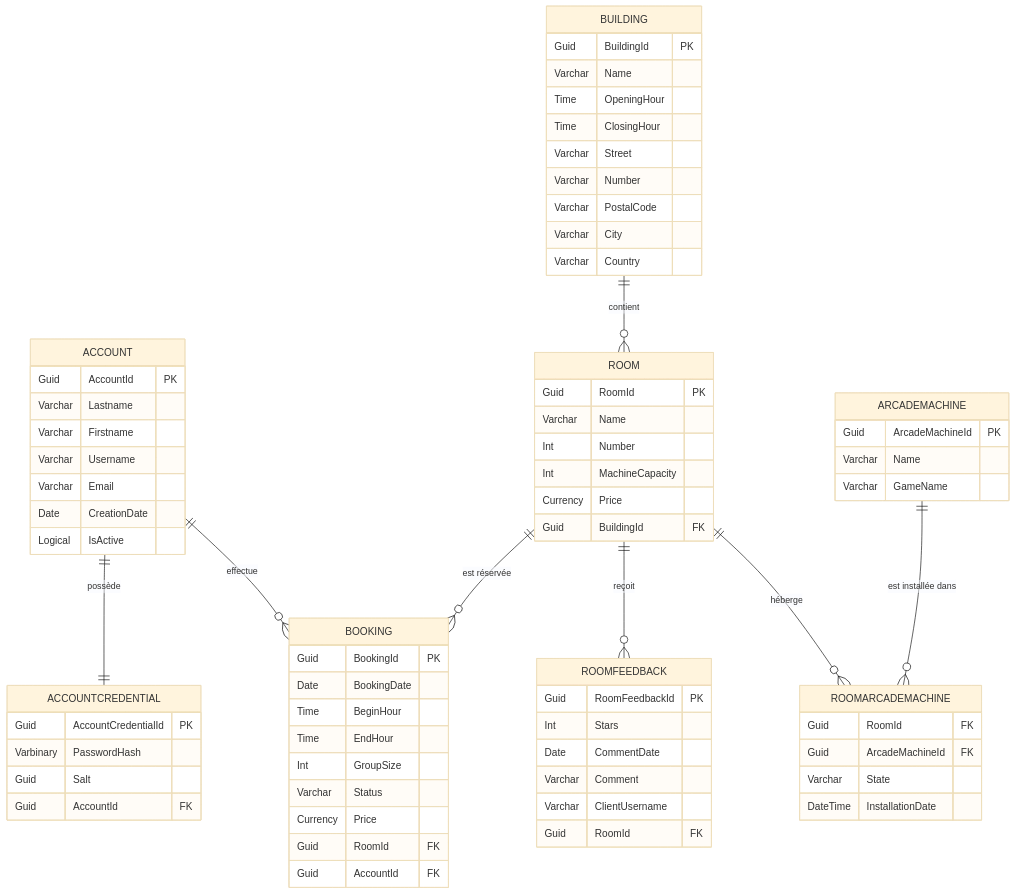
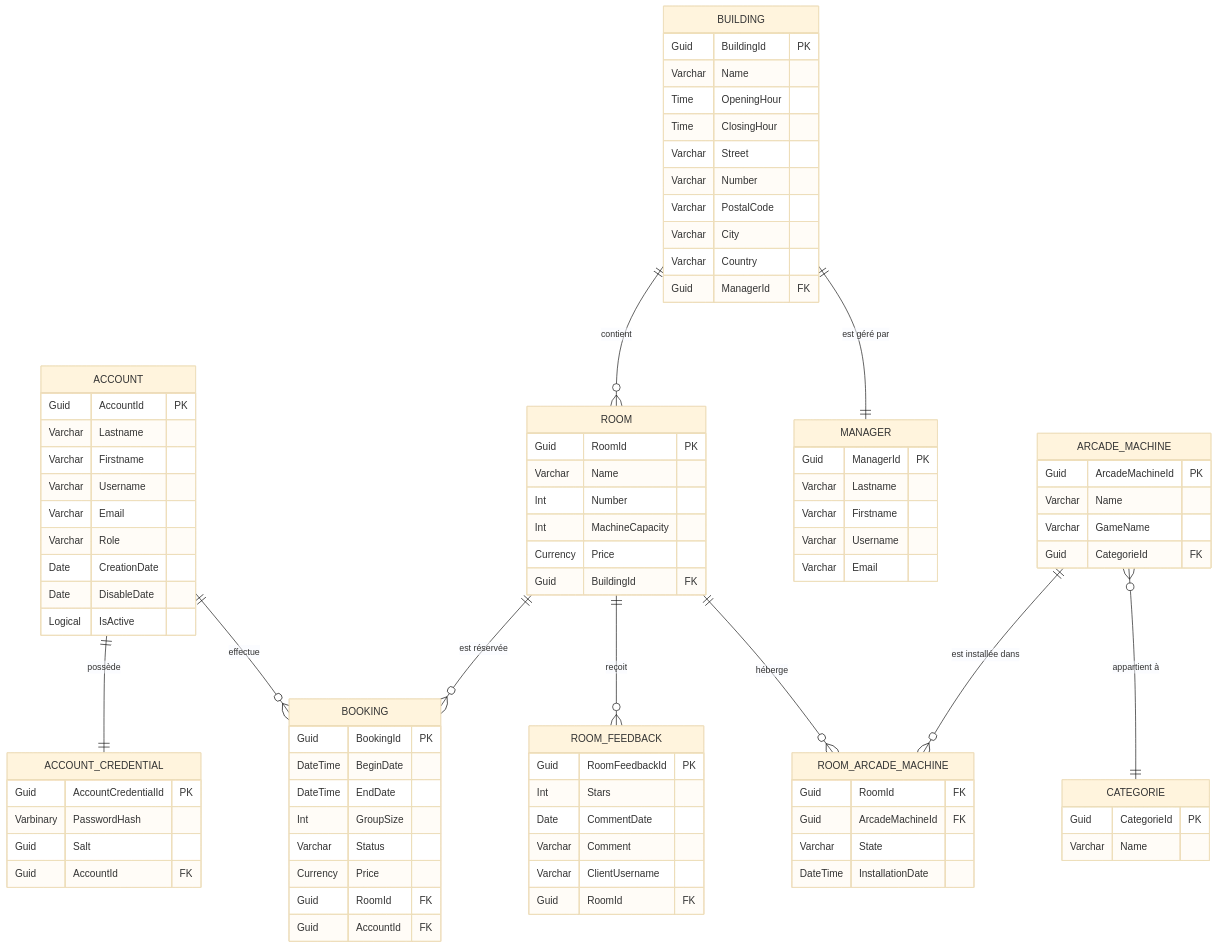
Before and after one commit to Guilian2002/RetroArcade: the second of 2 diagrams in README.md, drawn with Mermaid (base theme). The commit also changed other lines of this file, not shown here.

````diff
--- a/README.md
+++ b/README.md
@@ -99,12 +100,14 @@
 ```mermaid
 erDiagram
-    ACCOUNT ||--|| ACCOUNTCREDENTIAL : "possède"
+    ACCOUNT ||--|| ACCOUNT_CREDENTIAL : "possède"
     ACCOUNT ||--o{ BOOKING : "effectue"
     BUILDING ||--o{ ROOM : "contient"
+    BUILDING ||--|| MANAGER : "est géré par"
     ROOM ||--o{ BOOKING : "est réservée"
-    ROOM ||--o{ ROOMFEEDBACK : "reçoit"
-    ROOM ||--o{ ROOMARCADEMACHINE : "héberge"
-    ARCADEMACHINE ||--o{ ROOMARCADEMACHINE : "est installée dans"
+    ROOM ||--o{ ROOM_FEEDBACK : "reçoit"
+    ROOM ||--o{ ROOM_ARCADE_MACHINE : "héberge"
+    ARCADE_MACHINE ||--o{ ROOM_ARCADE_MACHINE : "est installée dans"
+    ARCADE_MACHINE }o--|| CATEGORIE : "appartient à"
 
     ACCOUNT {
         Guid AccountId PK
@@ -112,11 +115,13 @@
         Varchar Firstname
         Varchar Username
         Varchar Email
+        Varchar Role
         Date CreationDate
+        Date DisableDate
         Logical IsActive
     }
 
-    ACCOUNTCREDENTIAL {
+    ACCOUNT_CREDENTIAL {
         Guid AccountCredentialId PK
         Varbinary PasswordHash
         Guid Salt
@@ -125,9 +130,8 @@
 
     BOOKING {
         Guid BookingId PK
-        Date BookingDate
-        Time BeginHour
-        Time EndHour
+        DateTime BeginDate
+        DateTime EndDate
         Int GroupSize
         Varchar Status
         Currency Price
@@ -154,9 +158,18 @@
         Varchar PostalCode
         Varchar City
         Varchar Country
+        Guid ManagerId FK
     }
 
-    ROOMFEEDBACK {
+    MANAGER {
+        Guid ManagerId PK
+        Varchar Lastname
+        Varchar Firstname
+        Varchar Username
+        Varchar Email
+    }
+
+    ROOM_FEEDBACK {
         Guid RoomFeedbackId PK
         Int Stars
         Date CommentDate
@@ -165,16 +178,22 @@
         Guid RoomId FK
     }
 
-    ROOMARCADEMACHINE {
+    ROOM_ARCADE_MACHINE {
         Guid RoomId FK
         Guid ArcadeMachineId FK
         Varchar State
         DateTime InstallationDate
     }
 
-    ARCADEMACHINE {
+    ARCADE_MACHINE {
         Guid ArcadeMachineId PK
         Varchar Name
         Varchar GameName
+        Guid CategorieId FK
+    }
+
+    CATEGORIE {
+        Guid CategorieId PK
+        Varchar Name
     }
 ```
````
